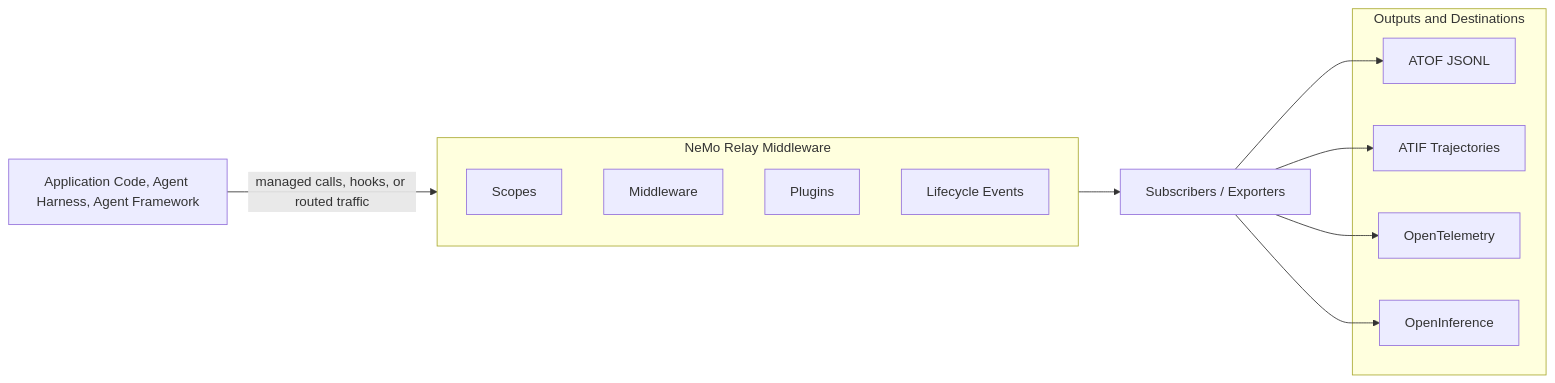
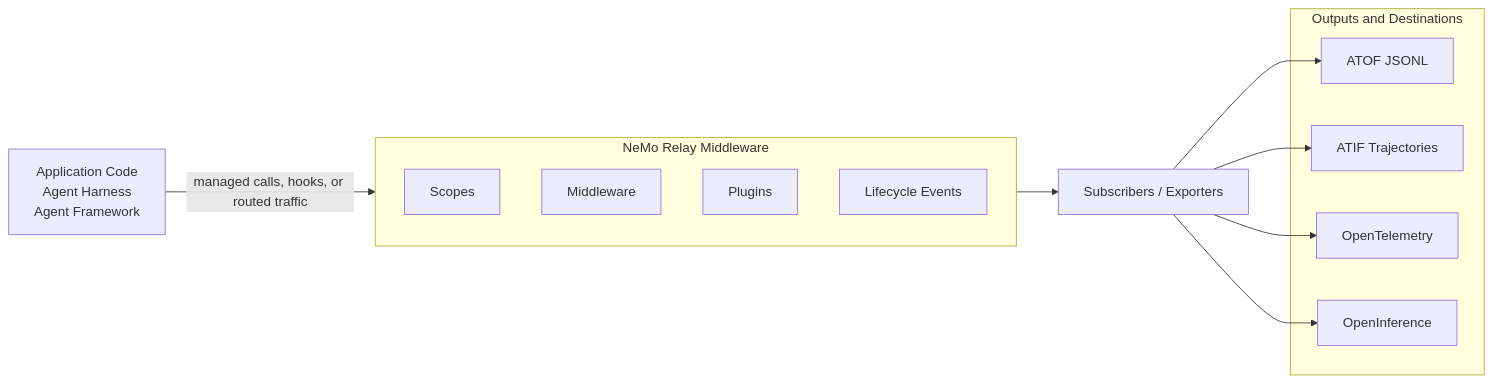
The diagram in README.md (markito/NeMo-Relay), drawn with Mermaid before and after one commit.

Commit message:
Modify flowchart source labels for clarity
Updated flowchart in README to improve readability.

````diff
--- a/README.md
+++ b/README.md
@@ -79,24 +79,24 @@
 ```mermaid
 flowchart LR
-    Sources["Application Code, Agent Harness, Agent Framework"]
+    Sources["Application Code<br/>Agent Harness<br/>Agent Framework"]
     subgraph Runtime[NeMo Relay Middleware]
         direction TB
         Scopes[Scopes]
         Middleware[Middleware]
         Plugins[Plugins]
         Events[Lifecycle Events]
     end
     Consumers[Subscribers / Exporters]
     subgraph Outputs[Outputs and Destinations]
         ATOF[ATOF JSONL]
         ATIF[ATIF Trajectories]
         OTEL[OpenTelemetry]
         OI[OpenInference]
     end
     Sources -->|managed calls, hooks, or routed traffic| Runtime
     Runtime --> Consumers
     Consumers --> ATOF
     Consumers --> ATIF
     Consumers --> OTEL
     Consumers --> OI
 ```
````
